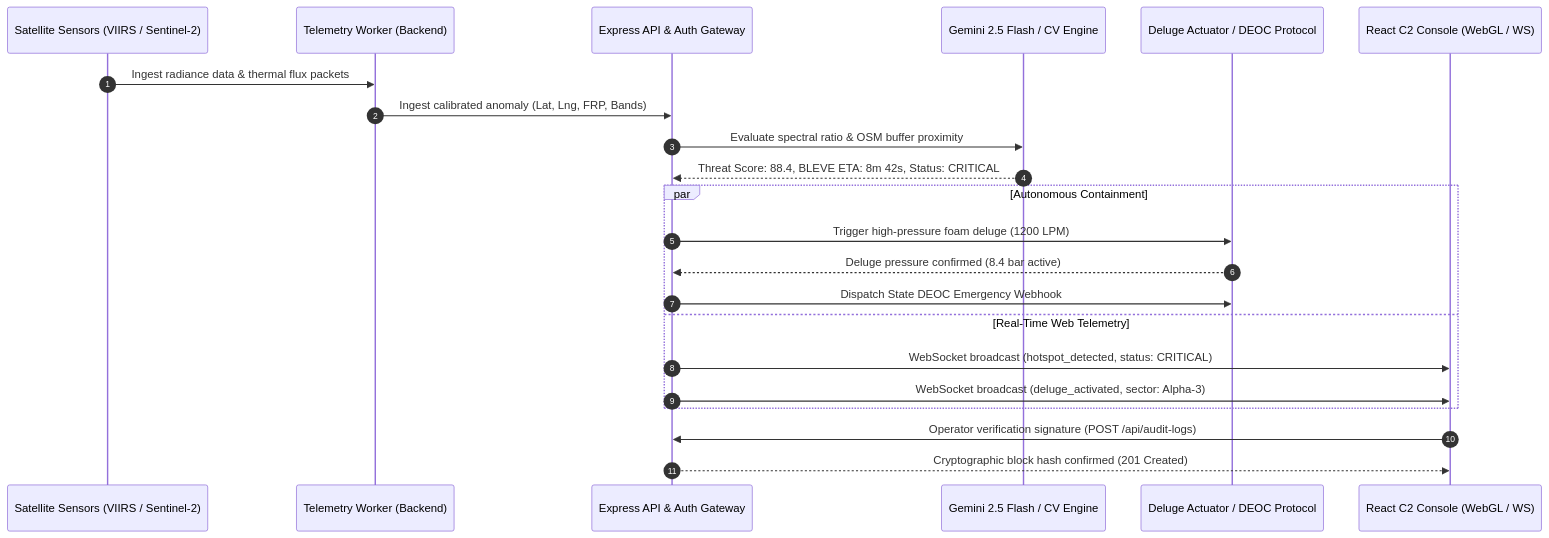
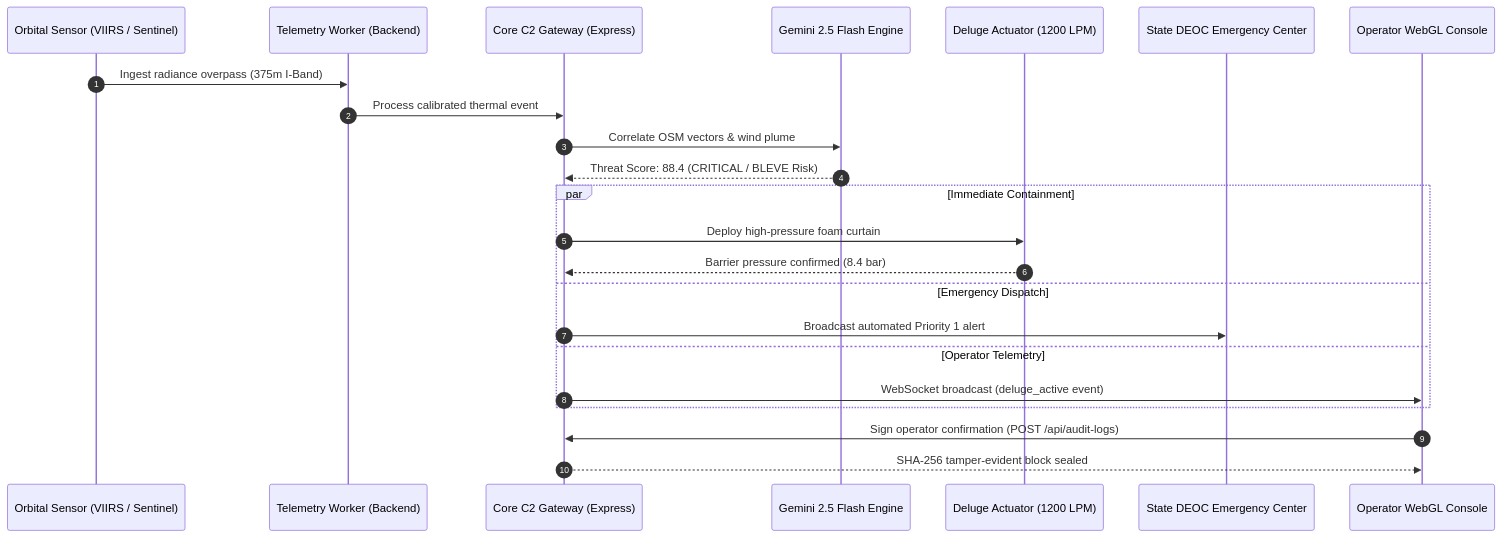
One commit to krtx17/Thermo_Shield_AI changed the fourth of 4 diagrams in README.md. Above: the diagram before and after it, drawn with Mermaid. The commit also changed other lines of this file, not shown here.

Commit message:
docs: redesign diagrams with high-contrast theme, non-overlapping nodes, 4-tier hierarchy, and closed-loop containment cycle

````diff
--- a/README.md
+++ b/README.md
@@ -169,27 +187,28 @@
 ```mermaid
 sequenceDiagram
     autonumber
-    participant Sat as Satellite Sensors (VIIRS / Sentinel-2)
-    participant Worker as Telemetry Worker (Backend)
-    participant API as Express API & Auth Gateway
-    participant AI as Gemini 2.5 Flash / CV Engine
-    participant Actuator as Deluge Actuator / DEOC Protocol
-    participant Client as React C2 Console (WebGL / WS)
+    participant Satellite as Orbital Sensor (VIIRS / Sentinel)
+    participant Telemetry as Telemetry Worker (Backend)
+    participant CoreAPI as Core C2 Gateway (Express)
+    participant GeminiAI as Gemini 2.5 Flash Engine
+    participant Barrier as Deluge Actuator (1200 LPM)
+    participant DEOC as State DEOC Emergency Center
+    participant Console as Operator WebGL Console
 
-    Sat->>Worker: Ingest radiance data & thermal flux packets
-    Worker->>API: Ingest calibrated anomaly (Lat, Lng, FRP, Bands)
-    API->>AI: Evaluate spectral ratio & OSM buffer proximity
-    AI-->>API: Threat Score: 88.4, BLEVE ETA: 8m 42s, Status: CRITICAL
+    Satellite->>Telemetry: Ingest radiance overpass (375m I-Band)
+    Telemetry->>CoreAPI: Process calibrated thermal event
+    CoreAPI->>GeminiAI: Correlate OSM vectors & wind plume
+    GeminiAI-->>CoreAPI: Threat Score: 88.4 (CRITICAL / BLEVE Risk)
     
-    par Autonomous Containment
-        API->>Actuator: Trigger high-pressure foam deluge (1200 LPM)
-        Actuator-->>API: Deluge pressure confirmed (8.4 bar active)
-        API->>Actuator: Dispatch State DEOC Emergency Webhook
-    and Real-Time Web Telemetry
-        API->>Client: WebSocket broadcast (hotspot_detected, status: CRITICAL)
-        API->>Client: WebSocket broadcast (deluge_activated, sector: Alpha-3)
+    par Immediate Containment
+        CoreAPI->>Barrier: Deploy high-pressure foam curtain
+        Barrier-->>CoreAPI: Barrier pressure confirmed (8.4 bar)
+    and Emergency Dispatch
+        CoreAPI->>DEOC: Broadcast automated Priority 1 alert
+    and Operator Telemetry
+        CoreAPI->>Console: WebSocket broadcast (deluge_active event)
     end
-
-    Client->>API: Operator verification signature (POST /api/audit-logs)
-    API-->>Client: Cryptographic block hash confirmed (201 Created)
+    
+    Console->>CoreAPI: Sign operator confirmation (POST /api/audit-logs)
+    CoreAPI-->>Console: SHA-256 tamper-evident block sealed
 ```
````
